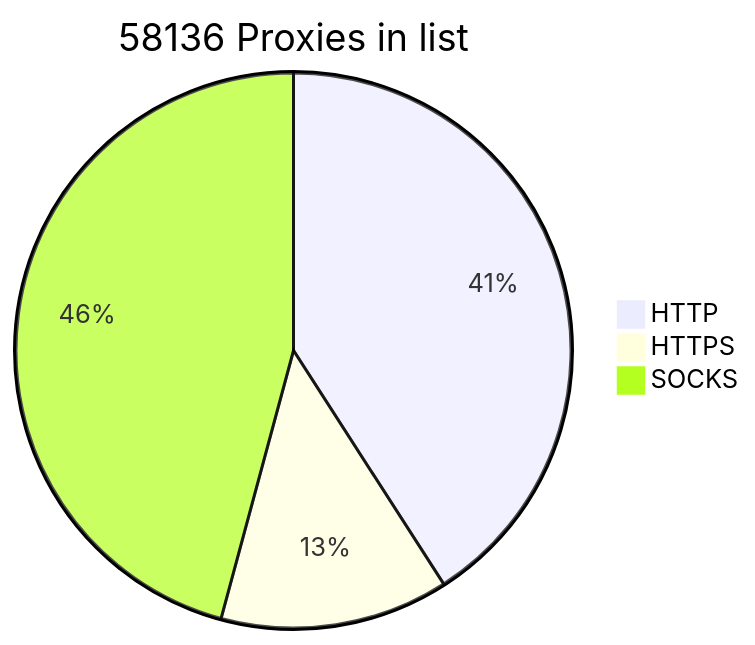
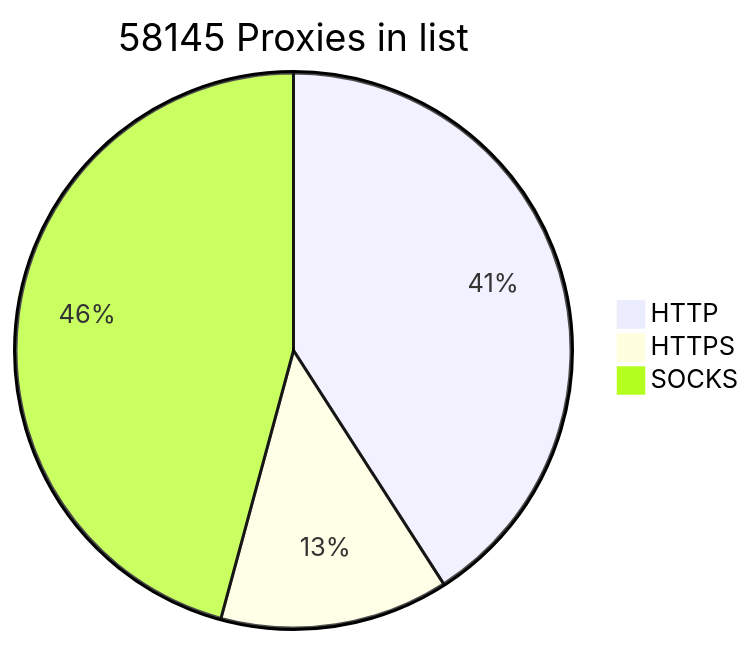
One commit to BlackSnowDot/proxylist-update-every-minute changed the diagram in README.md. Above: the diagram before and after it, drawn with Mermaid.

````diff
--- a/README.md
+++ b/README.md
@@ -2,6 +2,6 @@
 ```mermaid
-pie title 58136 Proxies in list
-    "HTTP" : 26792
-    "HTTPS": 8711
+pie title 58145 Proxies in list
+    "HTTP" : 26798
+    "HTTPS": 8718
     "SOCKS" : 29998
 ```
````
